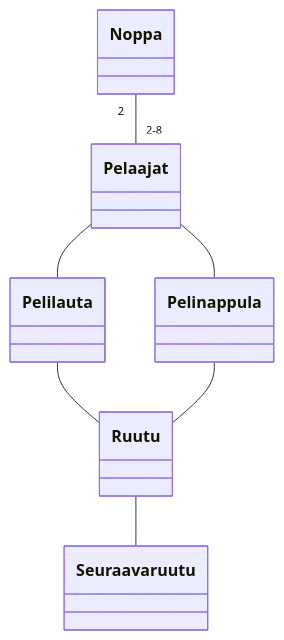
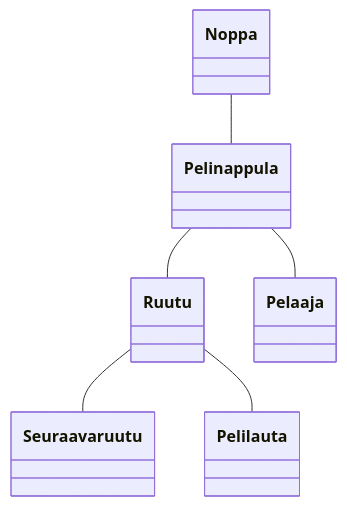
One commit to sohvip/ot-harjoitustyo changed the diagram in laskarit/viikko3/monopoli_luokkakaavio.md. Above: the diagram before and after it, drawn with Mermaid.

````diff
--- a/laskarit/viikko3/monopoli_luokkakaavio.md
+++ b/laskarit/viikko3/monopoli_luokkakaavio.md
@@ -1,9 +1,9 @@
 ```mermaid
   classDiagram
-      Noppa "2" -- "2-8" Pelaajat
-      Pelaajat -- Pelilauta
-      Pelilauta -- Ruutu
+      Noppa -- Pelinappula
+      Pelinappula -- Ruutu
+      Pelinappula -- Pelaaja
       Ruutu -- Seuraava ruutu
-      Pelaajat -- Pelinappula
-      Pelinappula -- Ruutu
+      Ruutu -- Pelilauta
+      
 ```
````
